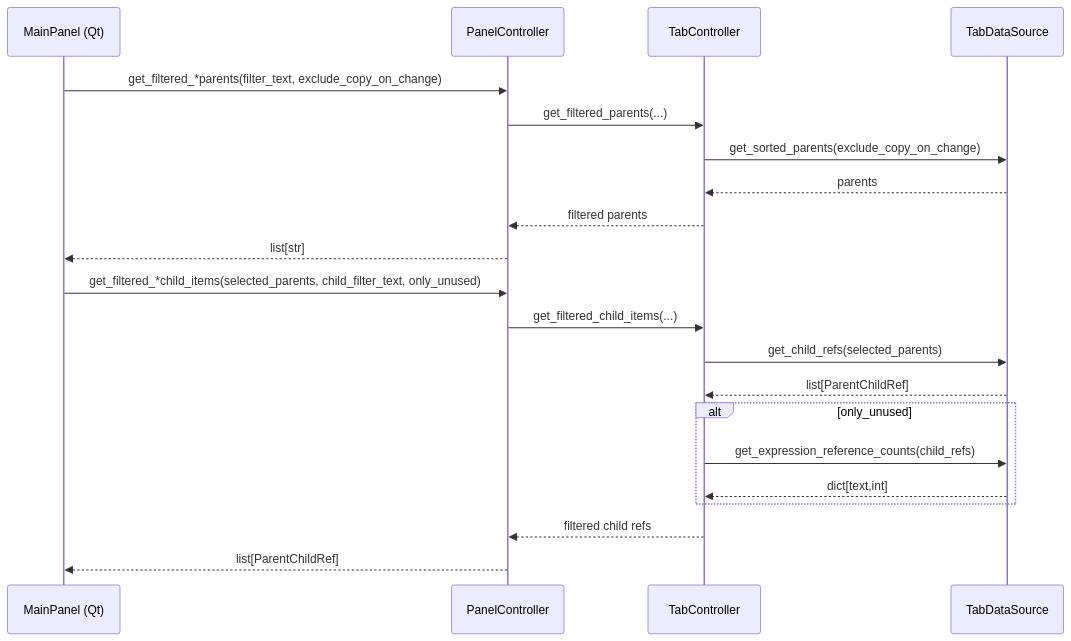
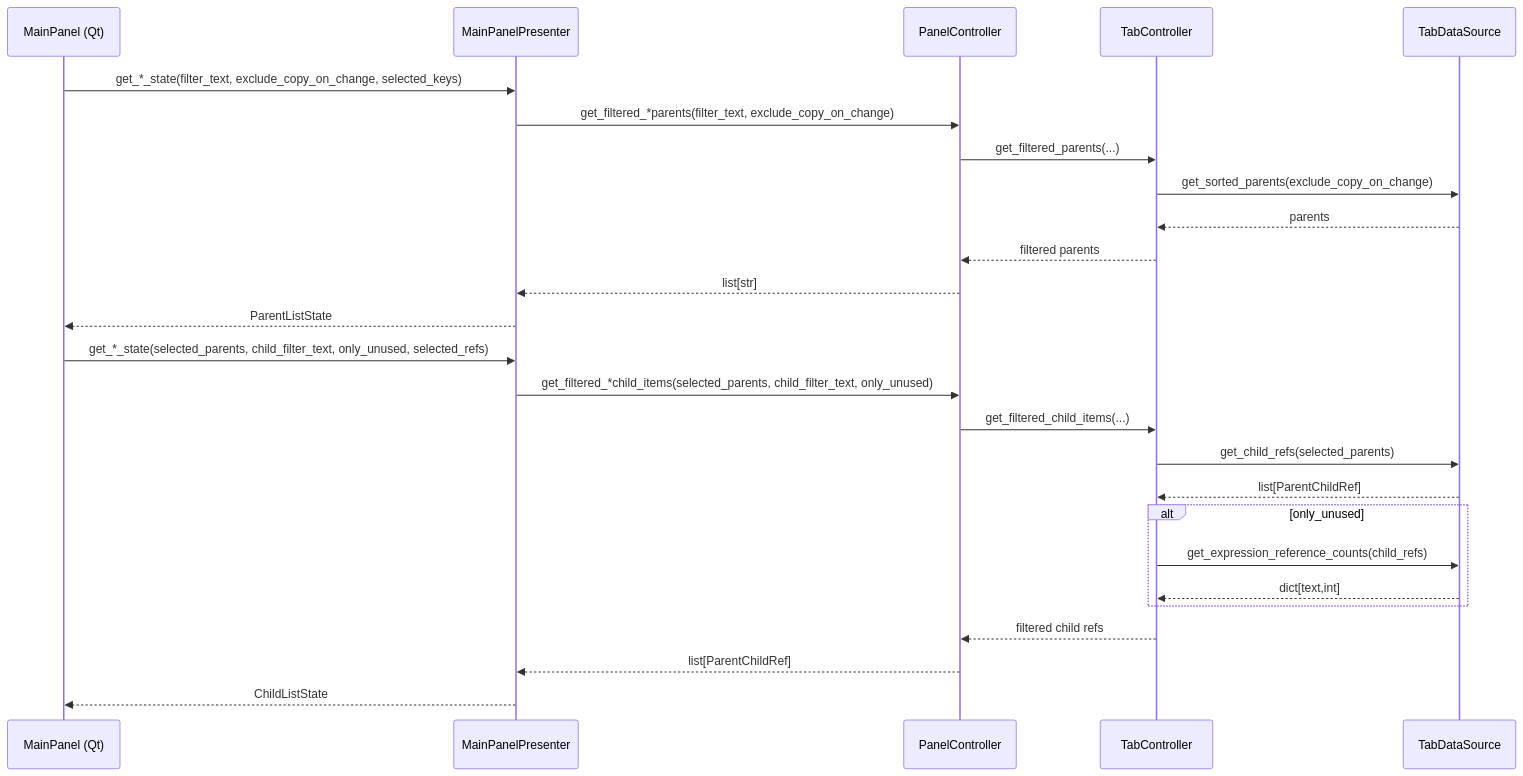
One commit to royw/freecad_datamanager_workbench changed the third of 4 diagrams in docs/architecture.md. Above: the diagram before and after it, drawn with Mermaid. The commit also changed other lines of this file, not shown here.

Commit message:
docs: update architecture

````diff
--- a/docs/architecture.md
+++ b/docs/architecture.md
@@ -218,25 +272,30 @@
 ```mermaid
 sequenceDiagram
   participant UI as MainPanel (Qt)
+  participant P as MainPanelPresenter
   participant PC as PanelController
   participant TC as TabController
   participant DS as TabDataSource
 
-  UI->>PC: get_filtered_*parents(filter_text, exclude_copy_on_change)
+  UI->>P: get_*_state(filter_text, exclude_copy_on_change, selected_keys)
+  P->>PC: get_filtered_*parents(filter_text, exclude_copy_on_change)
   PC->>TC: get_filtered_parents(...)
   TC->>DS: get_sorted_parents(exclude_copy_on_change)
   DS-->>TC: parents
   TC-->>PC: filtered parents
-  PC-->>UI: list[str]
+  PC-->>P: list[str]
+  P-->>UI: ParentListState
 
-  UI->>PC: get_filtered_*child_items(selected_parents, child_filter_text, only_unused)
+  UI->>P: get_*_state(selected_parents, child_filter_text, only_unused, selected_refs)
+  P->>PC: get_filtered_*child_items(selected_parents, child_filter_text, only_unused)
   PC->>TC: get_filtered_child_items(...)
   TC->>DS: get_child_refs(selected_parents)
   DS-->>TC: list[ParentChildRef]
   alt only_unused
     TC->>DS: get_expression_reference_counts(child_refs)
     DS-->>TC: dict[text,int]
   end
   TC-->>PC: filtered child refs
-  PC-->>UI: list[ParentChildRef]
+  PC-->>P: list[ParentChildRef]
+  P-->>UI: ChildListState
 ```
````
